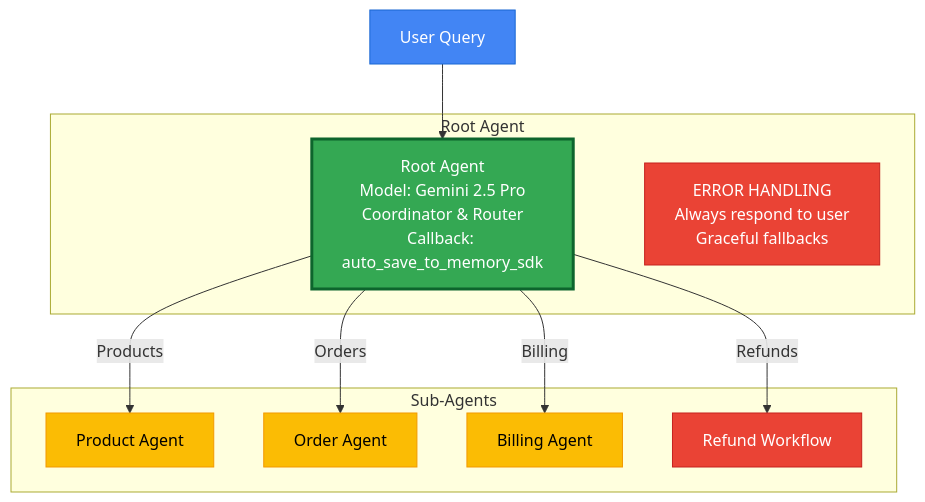
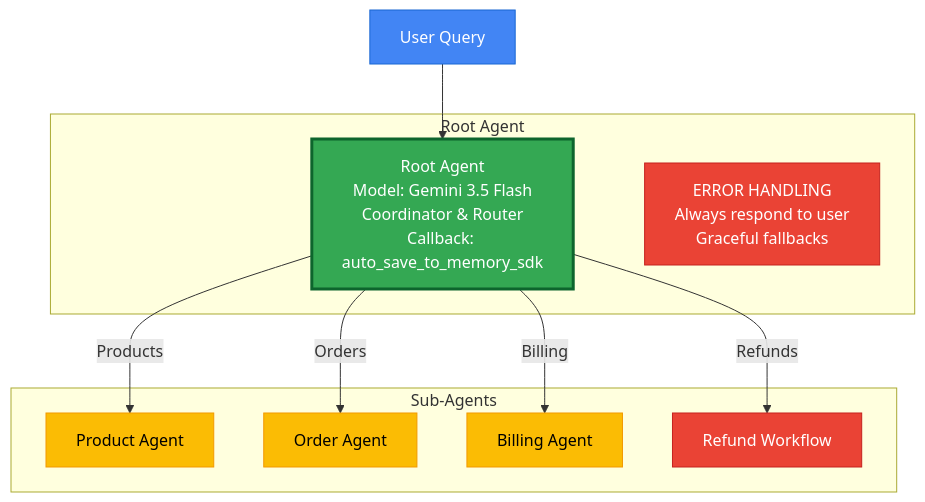
The third of 6 diagrams in docs/ARCHITECTURE.md (Saoussen-CH/adk-multiagent-production-template), drawn with Mermaid before and after one commit. The commit also changed other lines of this file and 10 other files, not shown here.

First line of the commit message:
docs: update stale Gemini 2.5 Pro/Flash references to 3.5 Flash

````diff
--- a/docs/ARCHITECTURE.md
+++ b/docs/ARCHITECTURE.md
@@ -183,28 +183,28 @@
 ```mermaid
 graph TB
     subgraph "Root Agent"
-        Agent[Root Agent<br/>Model: Gemini 2.5 Pro<br/>Coordinator & Router<br/>Callback: auto_save_to_memory_sdk]
+        Agent[Root Agent<br/>Model: Gemini 3.5 Flash<br/>Coordinator & Router<br/>Callback: auto_save_to_memory_sdk]
         ErrorHandling[ERROR HANDLING<br/>Always respond to user<br/>Graceful fallbacks]
     end
 
     subgraph "Sub-Agents"
         Product[Product Agent]
         Order[Order Agent]
         Billing[Billing Agent]
         Refund[Refund Workflow]
     end
 
     User[User Query] --> Agent
     Agent -->|Products| Product
     Agent -->|Orders| Order
     Agent -->|Billing| Billing
     Agent -->|Refunds| Refund
 
     style User fill:#4285F4,stroke:#1967D2,color:#fff
     style Agent fill:#34A853,stroke:#0D652D,color:#fff,stroke-width:3px
     style ErrorHandling fill:#EA4335,stroke:#C5221F,color:#fff
     style Product fill:#FBBC04,stroke:#F29900,color:#000
     style Order fill:#FBBC04,stroke:#F29900,color:#000
     style Billing fill:#FBBC04,stroke:#F29900,color:#000
     style Refund fill:#EA4335,stroke:#C5221F,color:#fff
 ```
````
